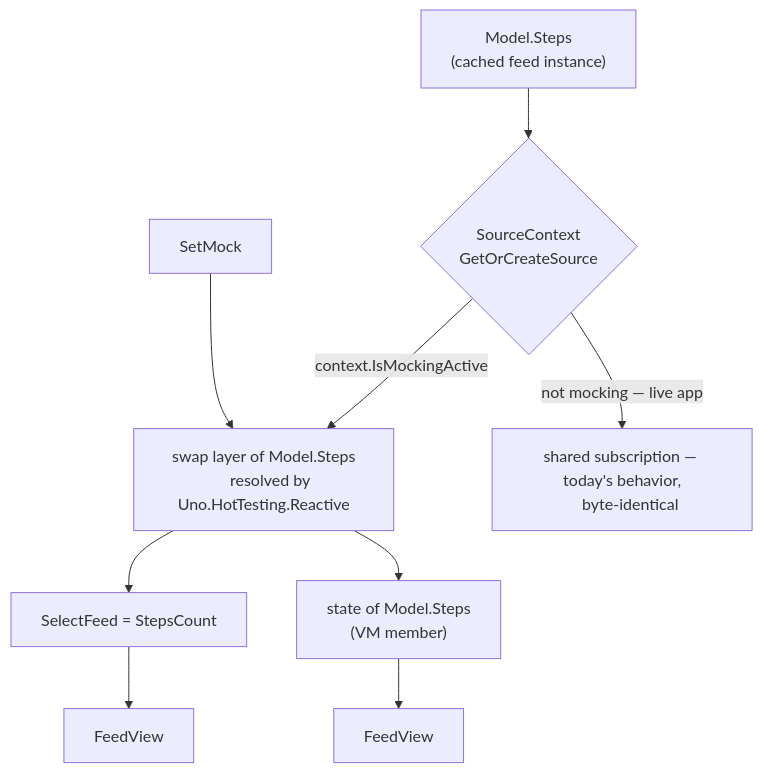
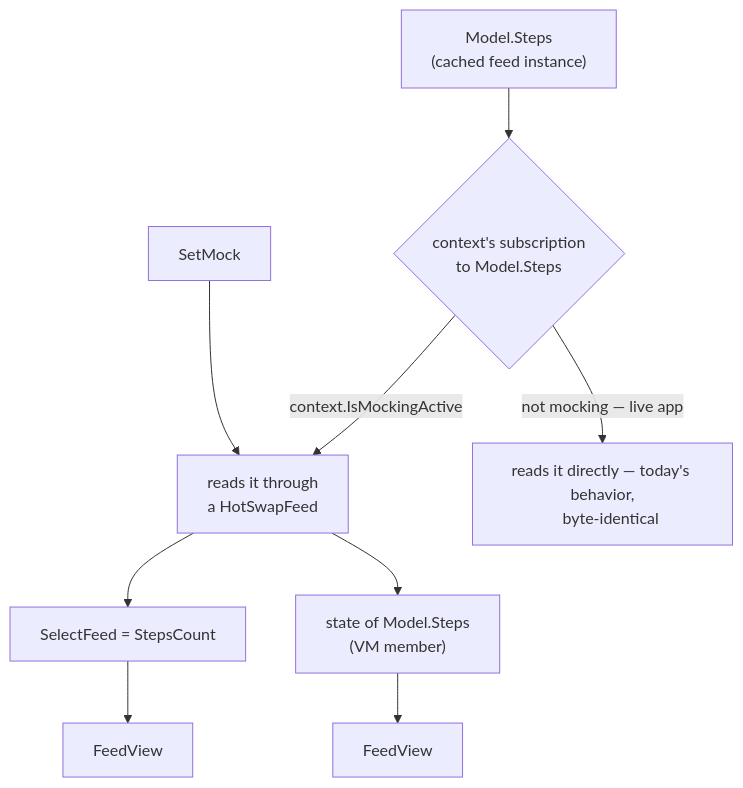
Before and after one commit to unoplatform/uno.extensions: the first of 2 diagrams in specs/013-mvux-mocking-previews/architecture.md, drawn with Mermaid. The commit also changed other lines of this file and 3 other files, not shown here.

First line of the commit message:
docs(specs): describe the swap of the context's subscription

````diff
--- a/specs/013-mvux-mocking-previews/architecture.md
+++ b/specs/013-mvux-mocking-previews/architecture.md
@@ -36,16 +37,16 @@
 ```mermaid
 flowchart TB
     F["Model.Steps
-    (cached feed instance)"] --> S{"SourceContext
-    GetOrCreateSource"}
-    S -->|context.IsMockingActive| L["swap layer of Model.Steps
-    resolved by Uno.HotTesting.Reactive"]
-    S -->|not mocking — live app| RAW["shared subscription — today's behavior,
+    (cached feed instance)"] --> S{"context's subscription
+    to Model.Steps"}
+    S -->|context.IsMockingActive| L["reads it through
+    a HotSwapFeed"]
+    S -->|not mocking — live app| RAW["reads it directly — today's behavior,
     byte-identical"]
     L --> SEL["SelectFeed = StepsCount"]
     L --> ST["state of Model.Steps
     (VM member)"]
     SWAP["SetMock"] --> L
     SEL --> UI2["FeedView"]
     ST --> UI1["FeedView"]
 ```
````
